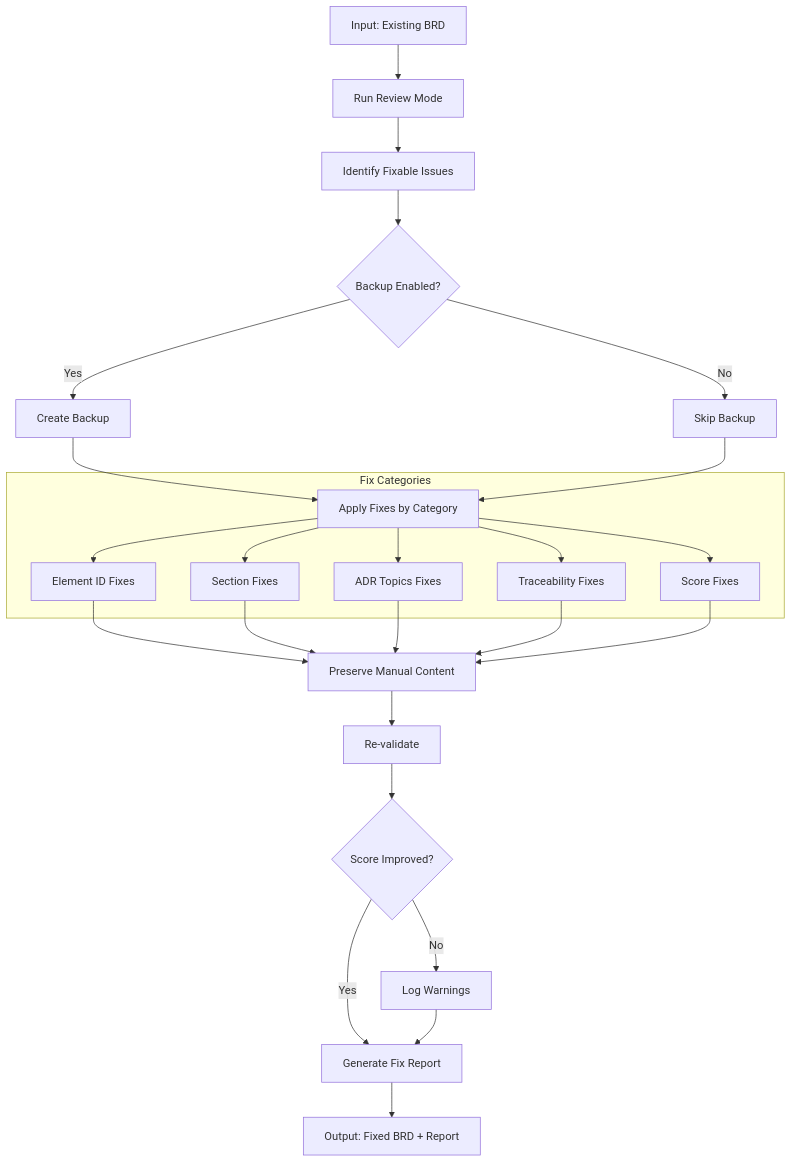
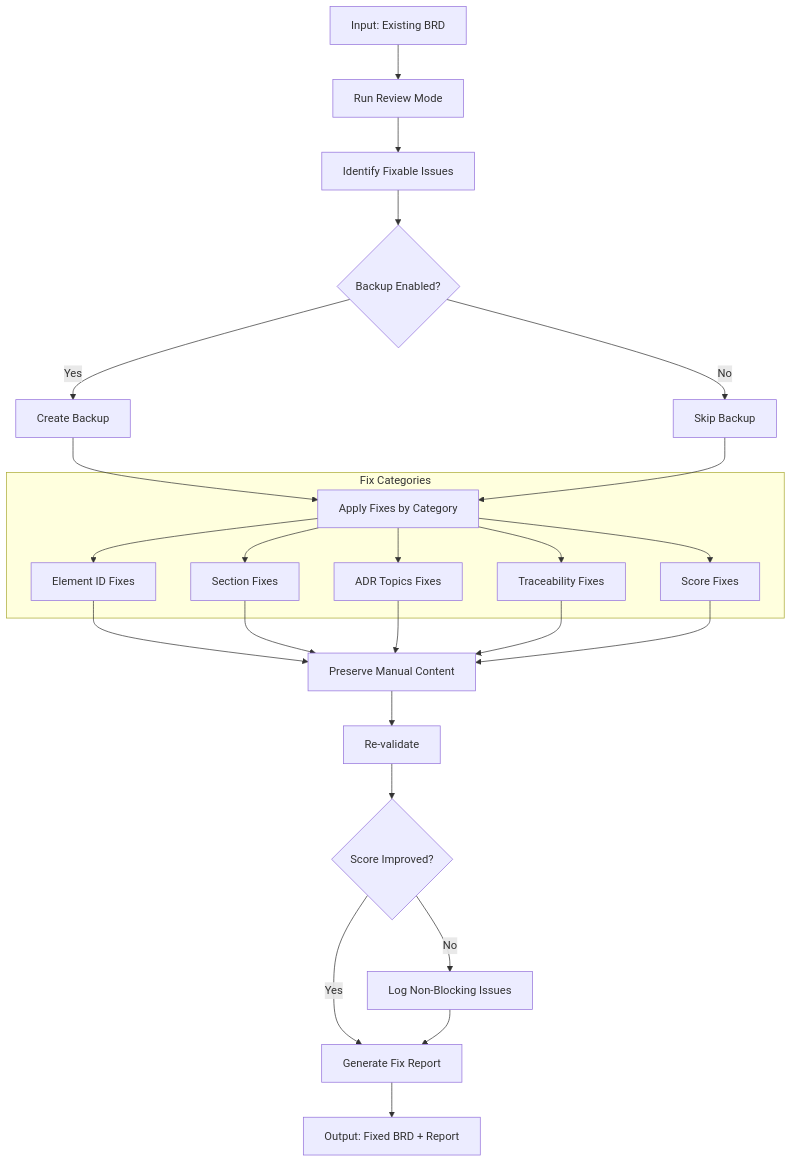
One commit to vladm3105/aidoc-flow-framework changed the fourth of 5 diagrams in .claude/skills/doc-brd-autopilot/SKILL.md. Above: the diagram before and after it, drawn with Mermaid. The commit also changed other lines of this file and 31 other files, not shown here.

````diff
--- a/.claude/skills/doc-brd-autopilot/SKILL.md
+++ b/.claude/skills/doc-brd-autopilot/SKILL.md
@@ -1292,31 +1287,31 @@
 ```mermaid
 flowchart TD
     A[Input: Existing BRD] --> B[Run Review Mode]
     B --> C[Identify Fixable Issues]
     C --> D{Backup Enabled?}
     D -->|Yes| E[Create Backup]
     D -->|No| F[Skip Backup]
     E --> G[Apply Fixes by Category]
     F --> G
 
     subgraph FixCategories["Fix Categories"]
         G --> H[Element ID Fixes]
         G --> I[Section Fixes]
         G --> J[ADR Topics Fixes]
         G --> K[Traceability Fixes]
         G --> L[Score Fixes]
     end
 
     H --> M[Preserve Manual Content]
     I --> M
     J --> M
     K --> M
     L --> M
 
     M --> N[Re-validate]
     N --> O{Score Improved?}
     O -->|Yes| P[Generate Fix Report]
-    O -->|No| Q[Log Warnings]
+    O -->|No| Q[Log Non-Blocking Issues]
     Q --> P
     P --> R[Output: Fixed BRD + Report]
 ```
````
